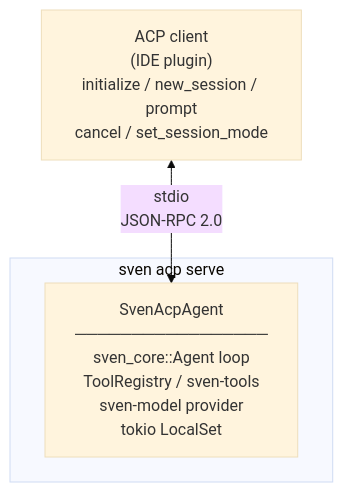
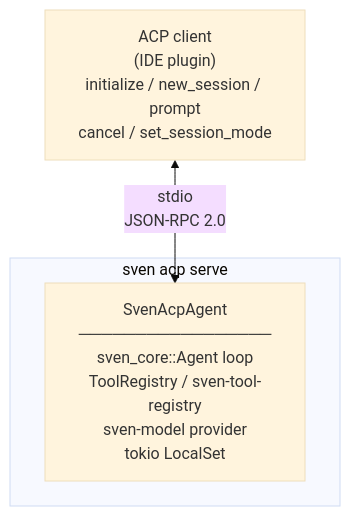
One commit to swedishembedded/sven changed the diagram in docs/technical/acp.md. Above: the diagram before and after it, drawn with Mermaid (base theme). The commit also changed 87 other files, not shown here.

First line of the commit message:
tools: remove the sven-tools re-export crate

````diff
--- a/docs/technical/acp.md
+++ b/docs/technical/acp.md
@@ -9,10 +9,10 @@
 ```mermaid
 flowchart TD
     IDE["ACP client\n(IDE plugin)\ninitialize / new_session / prompt\ncancel / set_session_mode"]
 
     IDE <-->|"stdio\nJSON-RPC 2.0"| LOCAL
 
     subgraph local ["sven acp serve"]
-        LOCAL["SvenAcpAgent\n─────────────────\nsven_core::Agent loop\nToolRegistry / sven-tools\nsven-model provider\ntokio LocalSet"]
+        LOCAL["SvenAcpAgent\n─────────────────\nsven_core::Agent loop\nToolRegistry / sven-tool-registry\nsven-model provider\ntokio LocalSet"]
     end
 ```
````
